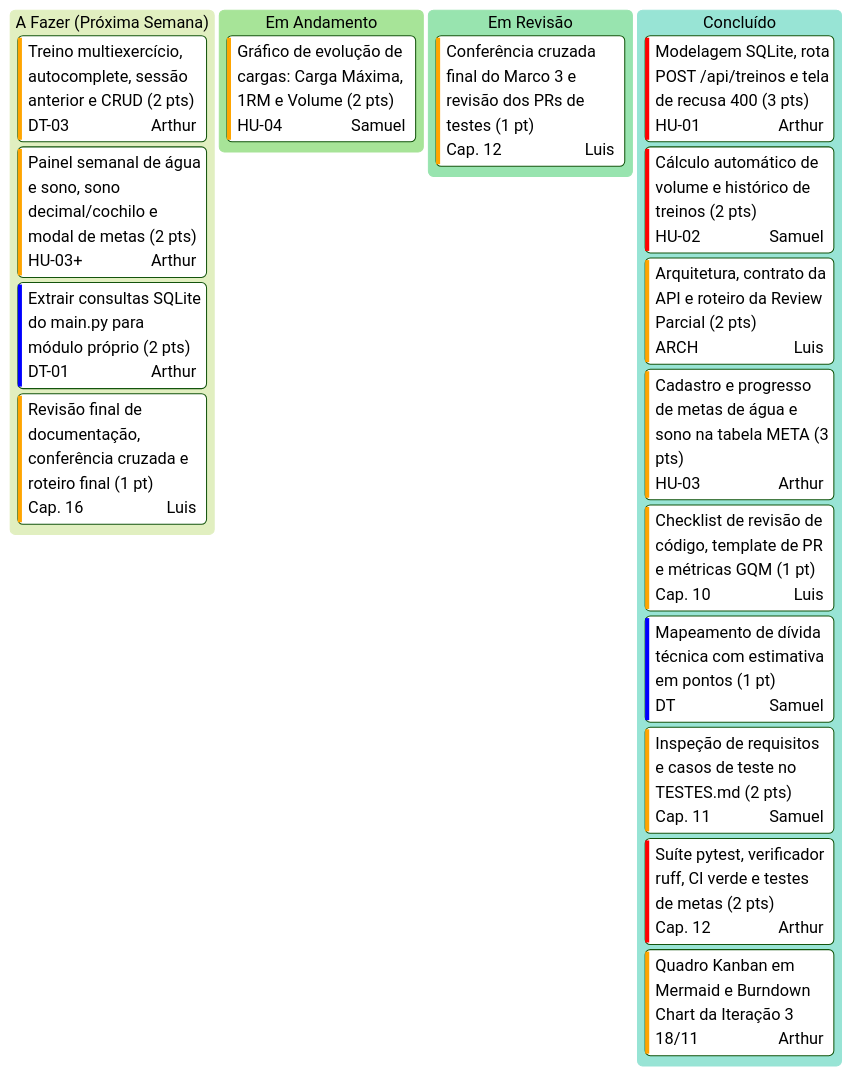
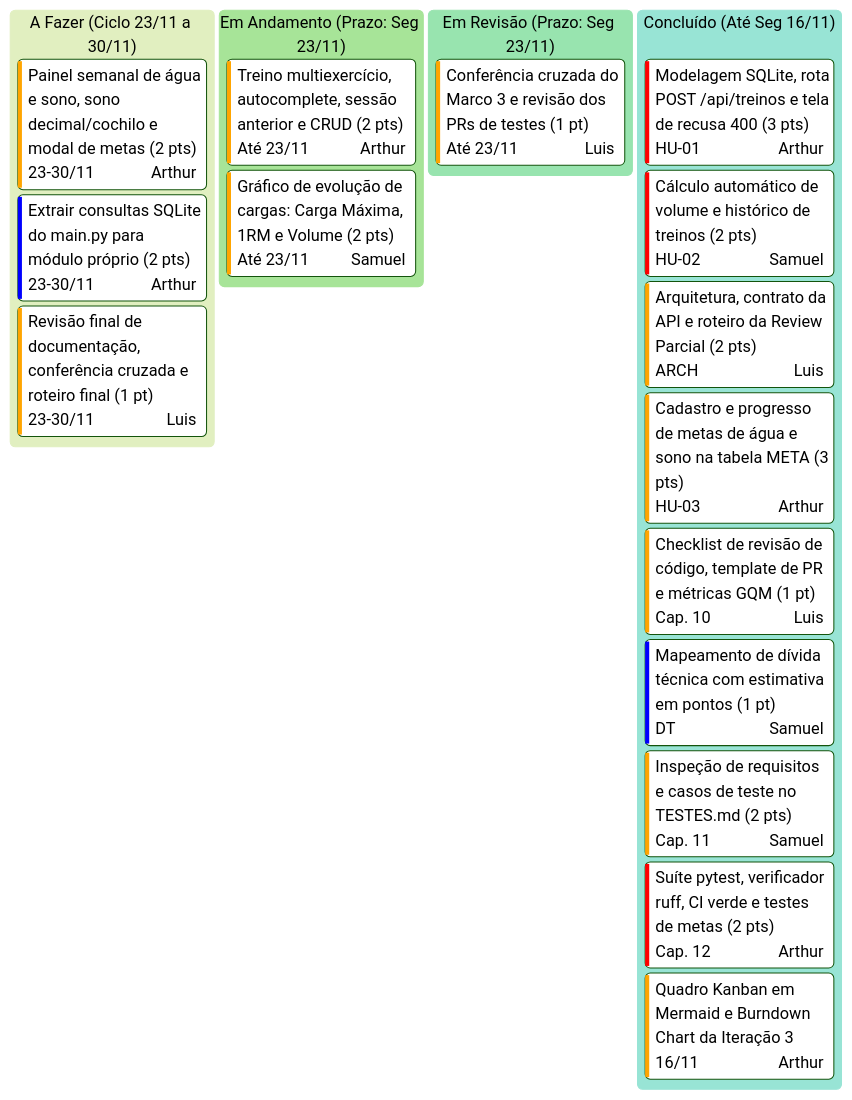
Before and after one commit to luishenriqueanjos/plataforma_saude: the diagram in diagrams/quadro-tarefas.mmd, drawn with Mermaid (forest theme). The commit also changed 2 other files, not shown here.

Commit message:
docs: organiza prazos de segunda a segunda (16/11 -> 23/11 -> 30/11) no quadro e iteracoes

```diff
--- a/diagrams/quadro-tarefas.mmd
+++ b/diagrams/quadro-tarefas.mmd
@@ -1,20 +1,20 @@
 kanban
-  todo["A Fazer (Próxima Semana)"]
-    dt03["Treino multiexercício, autocomplete, sessão anterior e CRUD (2 pts)"]@{ ticket: "DT-03", assigned: "Arthur", priority: "High" }
-    hu03_evol["Painel semanal de água e sono, sono decimal/cochilo e modal de metas (2 pts)"]@{ ticket: "HU-03+", assigned: "Arthur", priority: "High" }
-    dt01["Extrair consultas SQLite do main.py para módulo próprio (2 pts)"]@{ ticket: "DT-01", assigned: "Arthur", priority: "Low" }
-    cap16["Revisão final de documentação, conferência cruzada e roteiro final (1 pt)"]@{ ticket: "Cap. 16", assigned: "Luis", priority: "High" }
-  inProgress["Em Andamento"]
-    hu04["Gráfico de evolução de cargas: Carga Máxima, 1RM e Volume (2 pts)"]@{ ticket: "HU-04", assigned: "Samuel", priority: "High" }
-  inReview["Em Revisão"]
-    cap12_rev["Conferência cruzada final do Marco 3 e revisão dos PRs de testes (1 pt)"]@{ ticket: "Cap. 12", assigned: "Luis", priority: "High" }
-  done["Concluído"]
+  todo["A Fazer (Ciclo 23/11 a 30/11)"]
+    hu03_evol["Painel semanal de água e sono, sono decimal/cochilo e modal de metas (2 pts)"]@{ ticket: "23-30/11", assigned: "Arthur", priority: "High" }
+    dt01["Extrair consultas SQLite do main.py para módulo próprio (2 pts)"]@{ ticket: "23-30/11", assigned: "Arthur", priority: "Low" }
+    cap16["Revisão final de documentação, conferência cruzada e roteiro final (1 pt)"]@{ ticket: "23-30/11", assigned: "Luis", priority: "High" }
+  inProgress["Em Andamento (Prazo: Seg 23/11)"]
+    dt03["Treino multiexercício, autocomplete, sessão anterior e CRUD (2 pts)"]@{ ticket: "Até 23/11", assigned: "Arthur", priority: "High" }
+    hu04["Gráfico de evolução de cargas: Carga Máxima, 1RM e Volume (2 pts)"]@{ ticket: "Até 23/11", assigned: "Samuel", priority: "High" }
+  inReview["Em Revisão (Prazo: Seg 23/11)"]
+    cap12_rev["Conferência cruzada do Marco 3 e revisão dos PRs de testes (1 pt)"]@{ ticket: "Até 23/11", assigned: "Luis", priority: "High" }
+  done["Concluído (Até Seg 16/11)"]
     hu01["Modelagem SQLite, rota POST /api/treinos e tela de recusa 400 (3 pts)"]@{ ticket: "HU-01", assigned: "Arthur", priority: "Very High" }
     hu02["Cálculo automático de volume e histórico de treinos (2 pts)"]@{ ticket: "HU-02", assigned: "Samuel", priority: "Very High" }
     arch["Arquitetura, contrato da API e roteiro da Review Parcial (2 pts)"]@{ ticket: "ARCH", assigned: "Luis", priority: "High" }
     hu03["Cadastro e progresso de metas de água e sono na tabela META (3 pts)"]@{ ticket: "HU-03", assigned: "Arthur", priority: "High" }
     cap10_rev["Checklist de revisão de código, template de PR e métricas GQM (1 pt)"]@{ ticket: "Cap. 10", assigned: "Luis", priority: "High" }
     cap10_dt["Mapeamento de dívida técnica com estimativa em pontos (1 pt)"]@{ ticket: "DT", assigned: "Samuel", priority: "Low" }
     cap11["Inspeção de requisitos e casos de teste no TESTES.md (2 pts)"]@{ ticket: "Cap. 11", assigned: "Samuel", priority: "High" }
     cap12_qa["Suíte pytest, verificador ruff, CI verde e testes de metas (2 pts)"]@{ ticket: "Cap. 12", assigned: "Arthur", priority: "Very High" }
-    kanban_bd["Quadro Kanban em Mermaid e Burndown Chart da Iteração 3"]@{ ticket: "18/11", assigned: "Arthur", priority: "High" }
+    kanban_bd["Quadro Kanban em Mermaid e Burndown Chart da Iteração 3"]@{ ticket: "16/11", assigned: "Arthur", priority: "High" }
```
